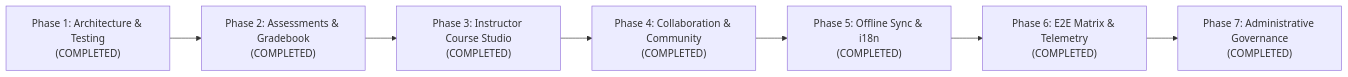
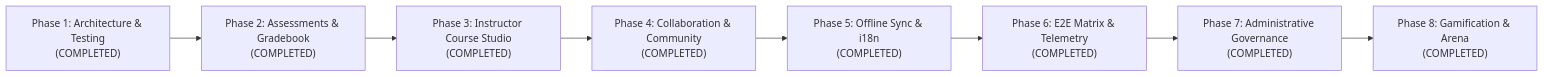
Before and after one commit to sammymichuki/grade-glow-hub: the diagram in addition.md, drawn with Mermaid. The commit also changed other lines of this file and 114 other files, not shown here.

````diff
--- a/addition.md
+++ b/addition.md
@@ -27,9 +28,10 @@
 ```mermaid
 graph LR
     P1["Phase 1: Architecture & Testing<br/>(COMPLETED)"] --> P2["Phase 2: Assessments & Gradebook<br/>(COMPLETED)"]
     P2 --> P3["Phase 3: Instructor Course Studio<br/>(COMPLETED)"]
     P3 --> P4["Phase 4: Collaboration & Community<br/>(COMPLETED)"]
     P4 --> P5["Phase 5: Offline Sync & i18n<br/>(COMPLETED)"]
     P5 --> P6["Phase 6: E2E Matrix & Telemetry<br/>(COMPLETED)"]
     P6 --> P7["Phase 7: Administrative Governance<br/>(COMPLETED)"]
+    P7 --> P8["Phase 8: Gamification & Arena<br/>(COMPLETED)"]
 ```
````
